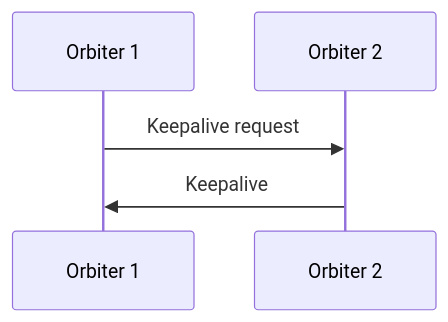
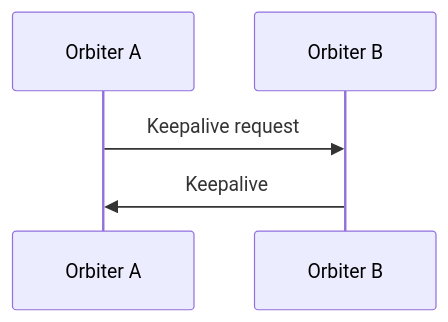
Diagram 11 of 17 in README.md (orbitalis-framework/py-orbitalis), drawn with Mermaid before and after one commit. The commit also changed other lines of this file, not shown here.

````diff
--- a/README.md
+++ b/README.md
@@ -486,5 +486,5 @@
 ```mermaid
 sequenceDiagram
-    Orbiter 1->>Orbiter 2: Keepalive request
-    Orbiter 2->>Orbiter 1: Keepalive
+    Orbiter A->>Orbiter B: Keepalive request
+    Orbiter B->>Orbiter A: Keepalive
 ```
````
